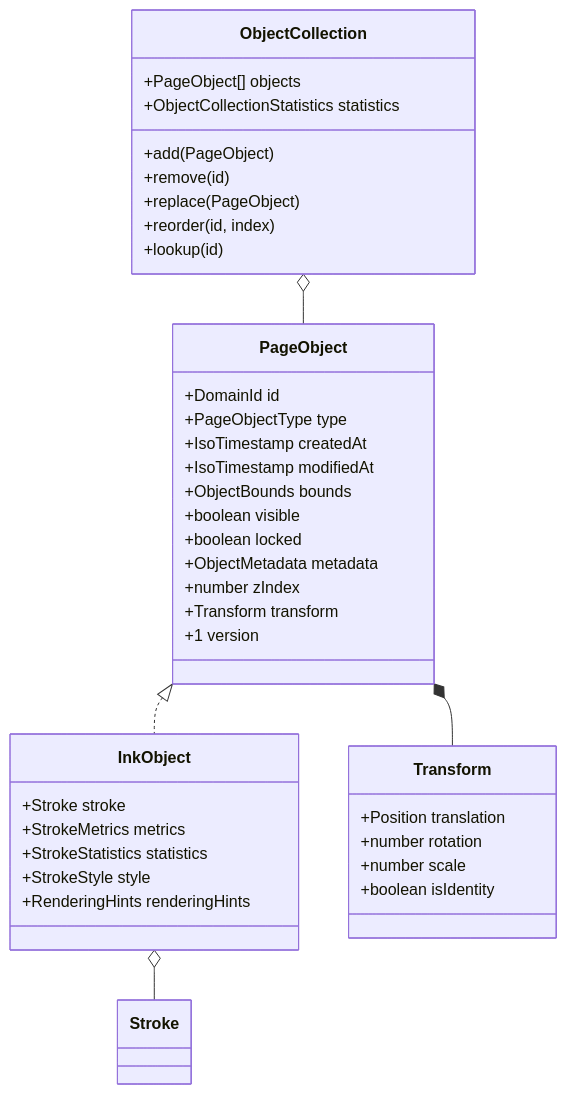
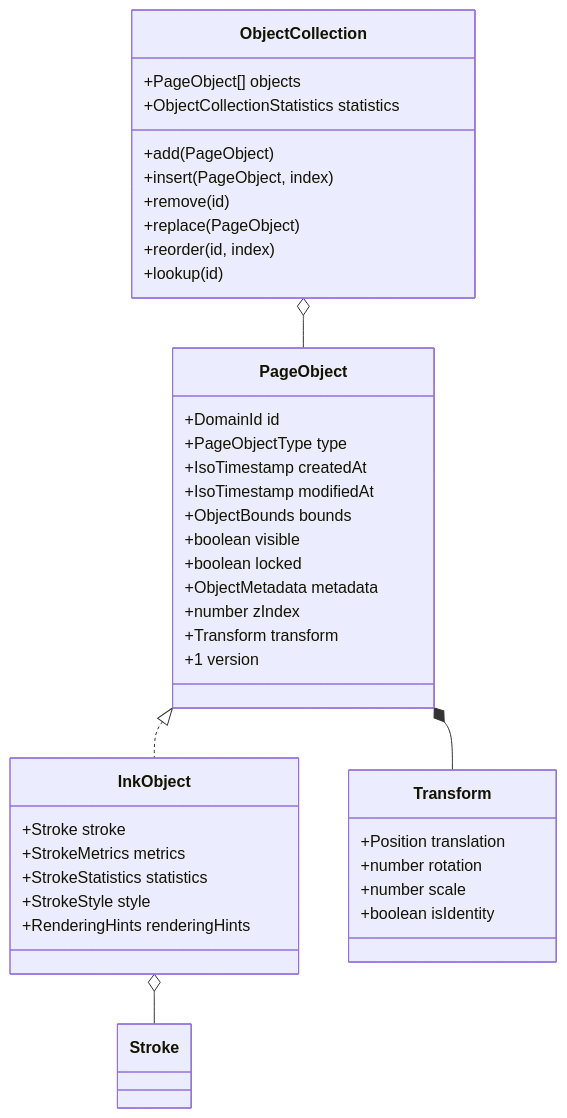
Before and after one commit to ritikpandey1981/digital-notes: the first of 3 diagrams in packages/document/README.md, drawn with Mermaid. The commit also changed other lines of this file and 75 other files, not shown here.

````diff
--- a/packages/document/README.md
+++ b/packages/document/README.md
@@ -38,46 +38,47 @@
 ```mermaid
 classDiagram
     class PageObject {
         +DomainId id
         +PageObjectType type
         +IsoTimestamp createdAt
         +IsoTimestamp modifiedAt
         +ObjectBounds bounds
         +boolean visible
         +boolean locked
         +ObjectMetadata metadata
         +number zIndex
         +Transform transform
         +1 version
     }
 
     class InkObject {
         +Stroke stroke
         +StrokeMetrics metrics
         +StrokeStatistics statistics
         +StrokeStyle style
         +RenderingHints renderingHints
     }
 
     class Transform {
         +Position translation
         +number rotation
         +number scale
         +boolean isIdentity
     }
 
     class ObjectCollection {
         +PageObject[] objects
         +ObjectCollectionStatistics statistics
         +add(PageObject)
+        +insert(PageObject, index)
         +remove(id)
         +replace(PageObject)
         +reorder(id, index)
         +lookup(id)
     }
 
     PageObject <|.. InkObject
     PageObject *-- Transform
     InkObject o-- Stroke
     ObjectCollection o-- PageObject
 ```
````
